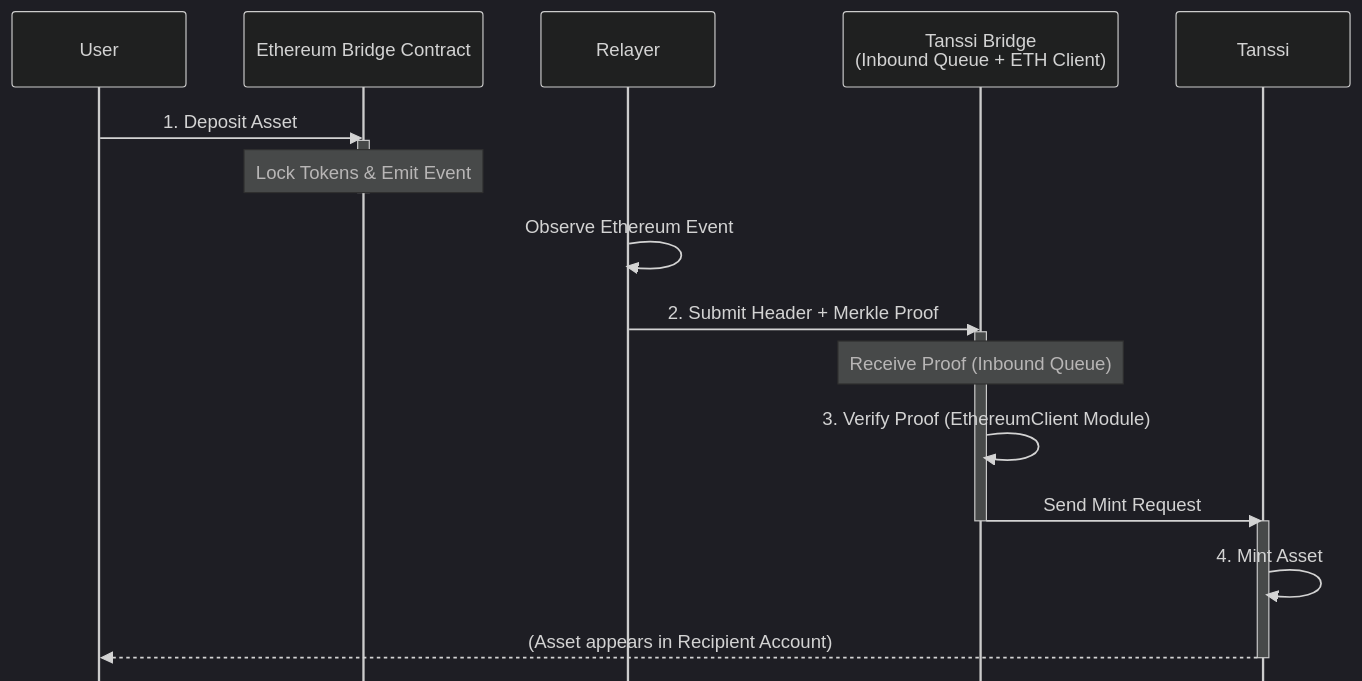
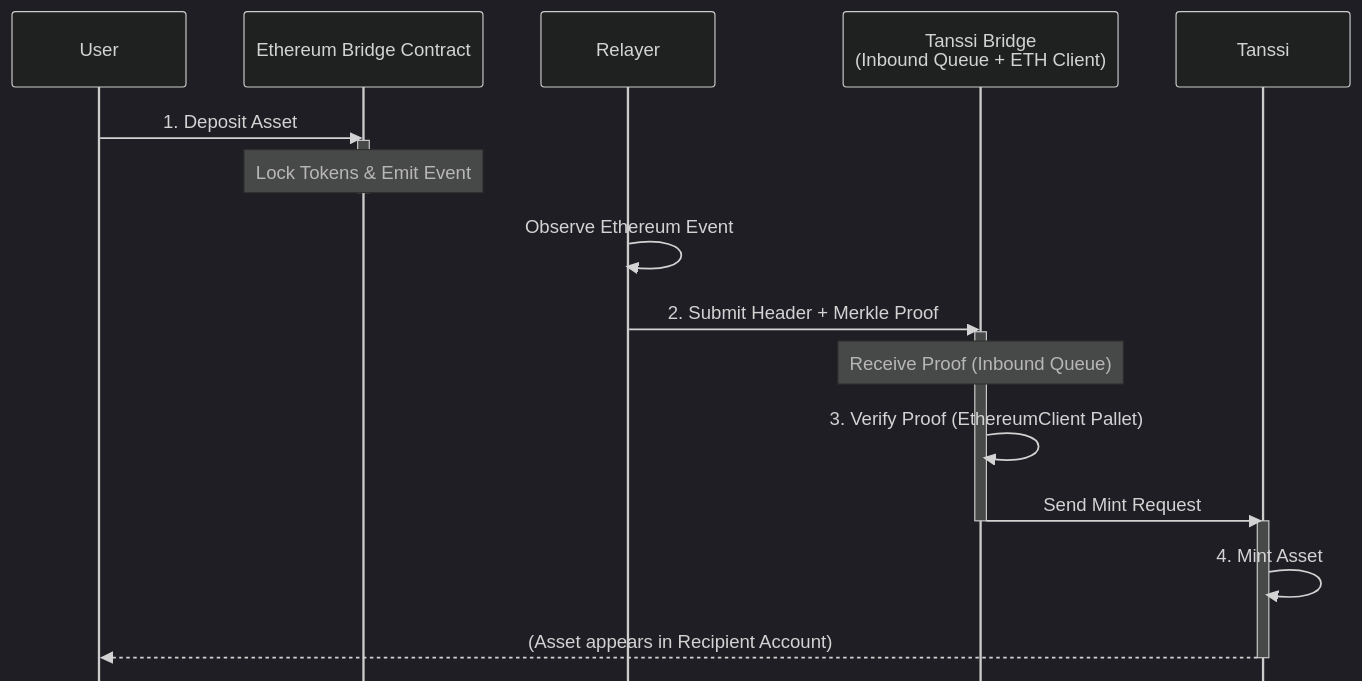
The fifth of 7 diagrams in learn/tanssi/tanssi-ethereum-bridge.md (moondance-labs/tanssi-docs), drawn with Mermaid (dark theme) before and after one commit. The commit also changed other lines of this file and 4 other files, not shown here.

````diff
--- a/learn/tanssi/tanssi-ethereum-bridge.md
+++ b/learn/tanssi/tanssi-ethereum-bridge.md
@@ -160,27 +158,27 @@
 ```mermaid
 sequenceDiagram
     %%{init: {'sequence': {'mirrorActors': false}}}%%
     participant User
     participant EBridge as Ethereum Bridge Contract
     participant Relayer
     participant TBP as Tanssi Bridge<br/> (Inbound Queue + ETH Client)
     participant TAH as Tanssi
 
     User->>EBridge: 1. Deposit Asset
     activate EBridge
     Note over EBridge: Lock Tokens & Emit Event
     deactivate EBridge
 
     Relayer->>Relayer: Observe Ethereum Event
     Relayer->>TBP: 2. Submit Header + Merkle Proof
     activate TBP
     Note over TBP: Receive Proof (Inbound Queue)
-    TBP->>TBP: 3. Verify Proof (EthereumClient Module)
+    TBP->>TBP: 3. Verify Proof (EthereumClient Pallet)
     TBP->>TAH: Send Mint Request
     deactivate TBP
 
     activate TAH
     TAH->>TAH:  4. Mint Asset
     TAH-->>User: (Asset appears in Recipient Account)
     deactivate TAH
 ```
````
